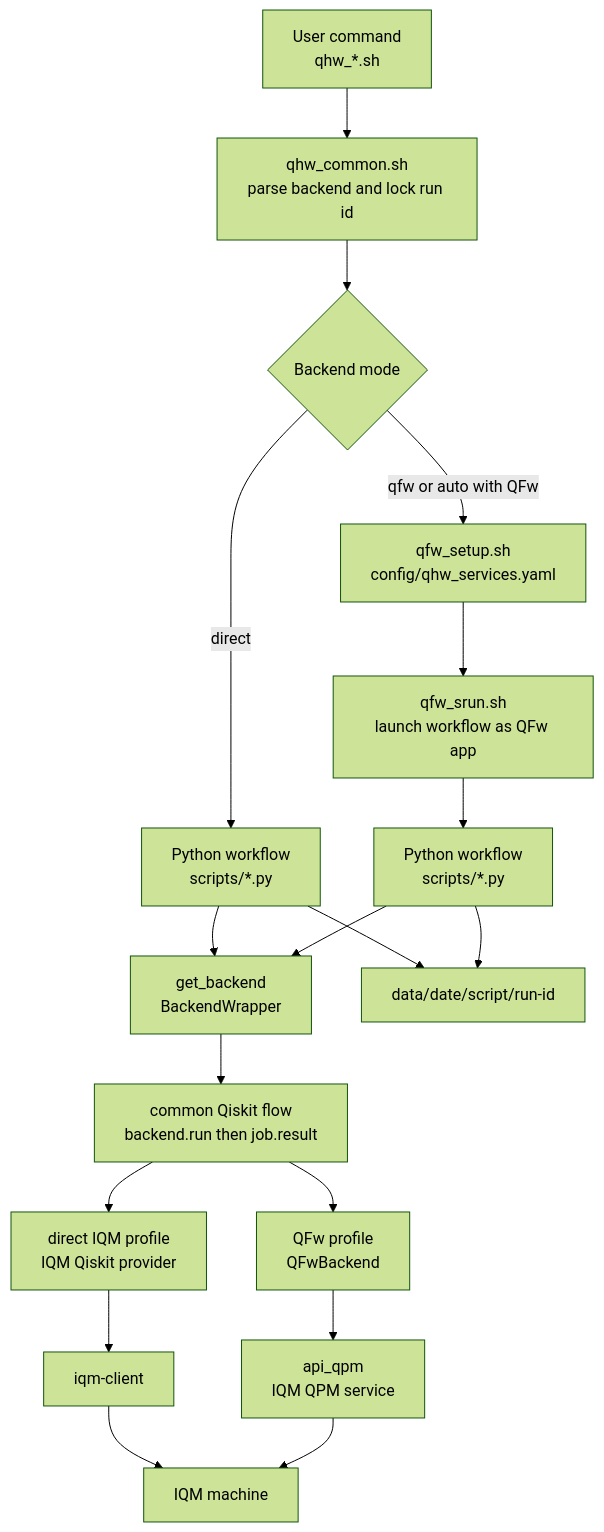
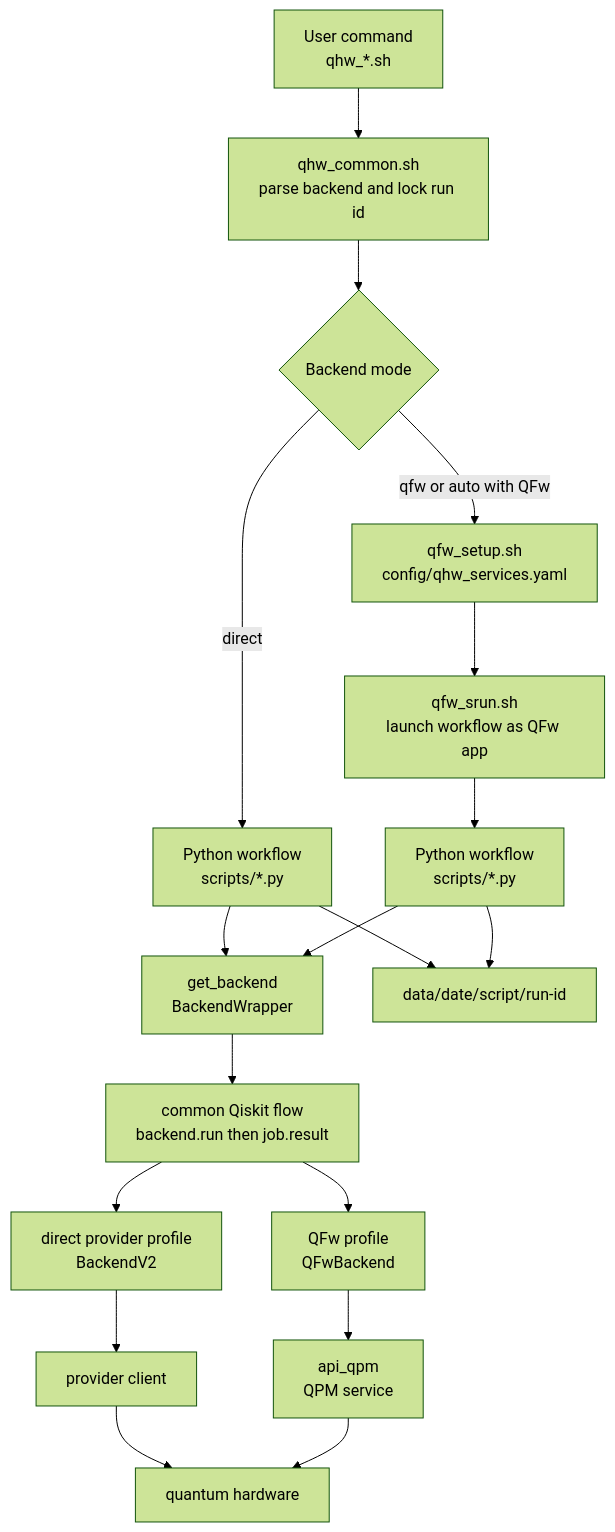
The diagram in README.md (openQSE/qhw-characterization), drawn with Mermaid (forest theme) before and after one commit. The commit also changed other lines of this file, not shown here.

First line of the commit message:
QFw-IQM: simplify README entry points

````diff
--- a/README.md
+++ b/README.md
@@ -237,20 +233,20 @@
 ```mermaid
 flowchart TD
     user["User command<br/>qhw_*.sh"] --> common["qhw_common.sh<br/>parse backend and lock run id"]
     common --> mode{"Backend mode"}
     mode -->|"direct"| direct_python["Python workflow<br/>scripts/*.py"]
     mode -->|"qfw or auto with QFw"| setup["qfw_setup.sh<br/>config/qhw_services.yaml"]
     setup --> srun["qfw_srun.sh<br/>launch workflow as QFw app"]
     srun --> qfw_python["Python workflow<br/>scripts/*.py"]
     direct_python --> selector["get_backend<br/>BackendWrapper"]
     qfw_python --> selector
     selector --> qiskit_flow["common Qiskit flow<br/>backend.run then job.result"]
-    qiskit_flow --> direct_backend["direct IQM profile<br/>IQM Qiskit provider"]
+    qiskit_flow --> direct_backend["direct provider profile<br/>BackendV2"]
     qiskit_flow --> qfw_backend["QFw profile<br/>QFwBackend"]
-    direct_backend --> iqm_client["iqm-client"]
-    qfw_backend --> qpm["api_qpm<br/>IQM QPM service"]
-    iqm_client --> machine["IQM machine"]
+    direct_backend --> provider_client["provider client"]
+    qfw_backend --> qpm["api_qpm<br/>QPM service"]
+    provider_client --> machine["quantum hardware"]
     qpm --> machine
     direct_python --> output["data/date/script/run-id"]
     qfw_python --> output
 ```
````
